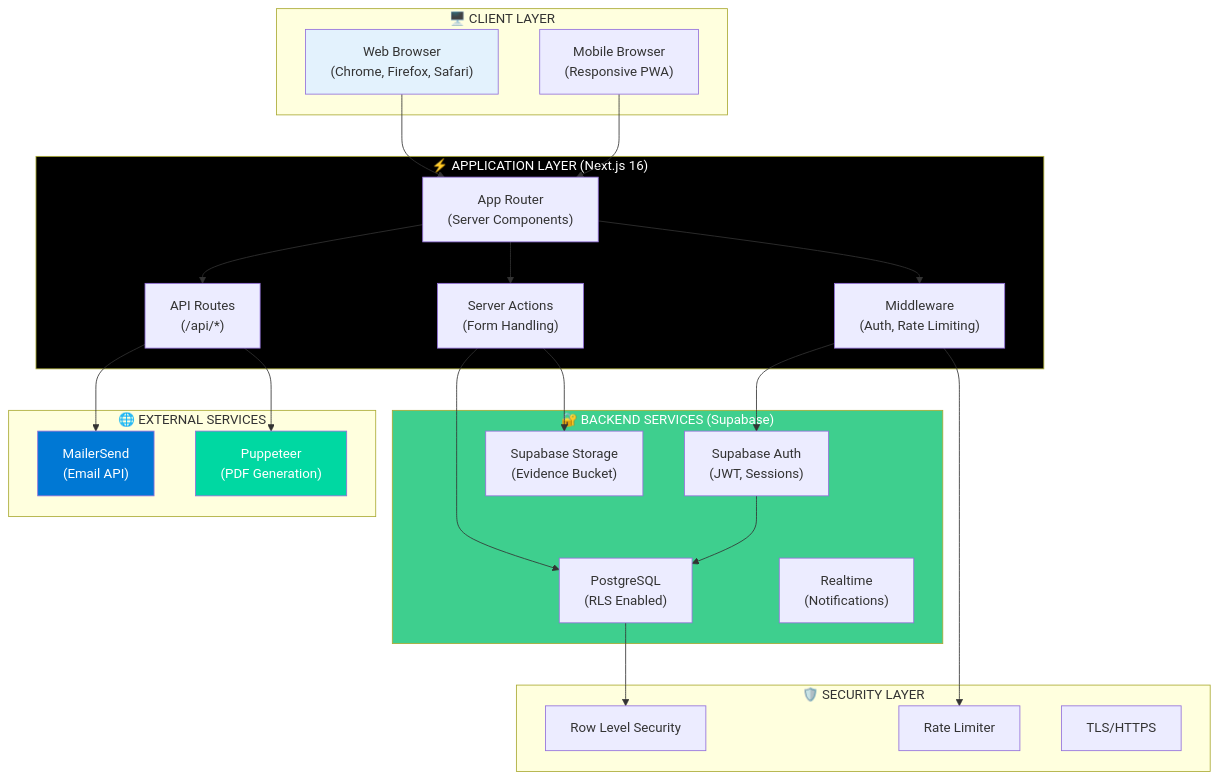
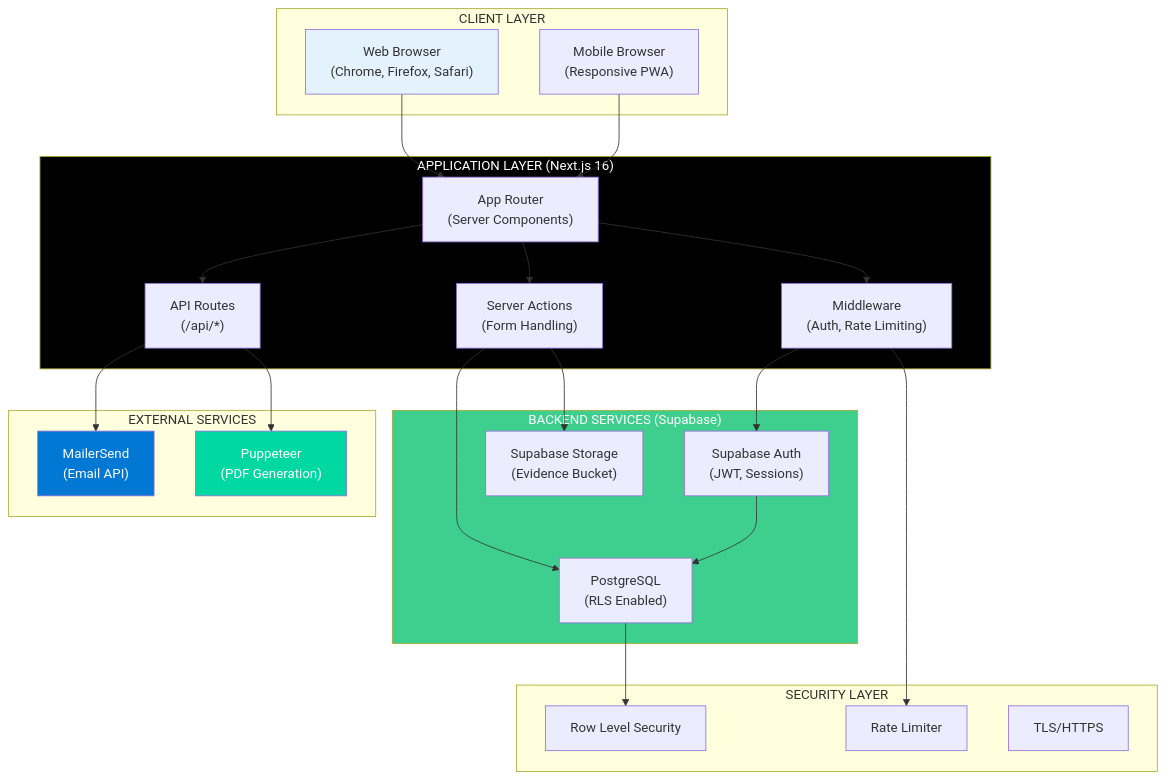
The seventh of 9 diagrams in README.md (Godwynski/Final), drawn with Mermaid before and after one commit. The commit also changed other lines of this file, not shown here.

Commit message:
docs: Update case status tracking description and remove emojis from mermaid diagrams.

````diff
--- a/README.md
+++ b/README.md
@@ -796,54 +796,53 @@
 ```mermaid
 flowchart TB
-    subgraph Client["🖥️ CLIENT LAYER"]
+    subgraph Client["CLIENT LAYER"]
         Browser["Web Browser<br/>(Chrome, Firefox, Safari)"]
         Mobile["Mobile Browser<br/>(Responsive PWA)"]
     end
 
-    subgraph NextJS["⚡ APPLICATION LAYER (Next.js 16)"]
+    subgraph NextJS["APPLICATION LAYER (Next.js 16)"]
         AppRouter["App Router<br/>(Server Components)"]
         ServerActions["Server Actions<br/>(Form Handling)"]
         APIRoutes["API Routes<br/>(/api/*)"]
         Middleware["Middleware<br/>(Auth, Rate Limiting)"]
     end
 
-    subgraph Supabase["🔐 BACKEND SERVICES (Supabase)"]
+    subgraph Supabase["BACKEND SERVICES (Supabase)"]
         Auth["Supabase Auth<br/>(JWT, Sessions)"]
         Database["PostgreSQL<br/>(RLS Enabled)"]
         Storage["Supabase Storage<br/>(Evidence Bucket)"]
-        Realtime["Realtime<br/>(Notifications)"]
     end
 
-    subgraph External["🌐 EXTERNAL SERVICES"]
+    subgraph External["EXTERNAL SERVICES"]
         MailerSend["MailerSend<br/>(Email API)"]
         Puppeteer["Puppeteer<br/>(PDF Generation)"]
     end
 
-    subgraph Security["🛡️ SECURITY LAYER"]
+    subgraph Security["SECURITY LAYER"]
         RLS["Row Level Security"]
         RateLimiter["Rate Limiter"]
         Encryption["TLS/HTTPS"]
     end
 
     Browser --> AppRouter
     Mobile --> AppRouter
     AppRouter --> ServerActions
     AppRouter --> APIRoutes
     AppRouter --> Middleware
 
     Middleware --> Auth
     ServerActions --> Database
     ServerActions --> Storage
     APIRoutes --> MailerSend
     APIRoutes --> Puppeteer
 
     Auth --> Database
     Database --> RLS
     Middleware --> RateLimiter
 
     style Browser fill:#e3f2fd
     style NextJS fill:#000,color:#fff
     style Supabase fill:#3ecf8e,color:#fff
     style MailerSend fill:#0078d4,color:#fff
     style Puppeteer fill:#00d8a2,color:#fff
 ```
````
